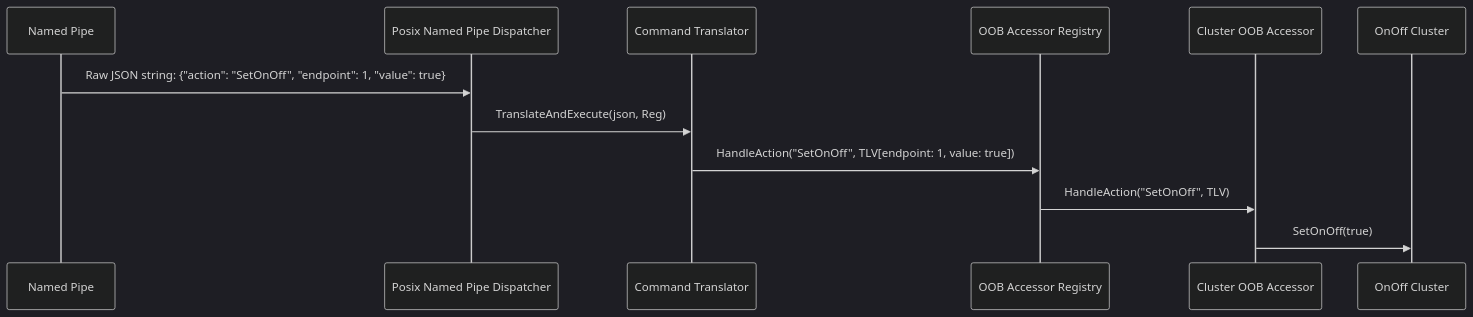
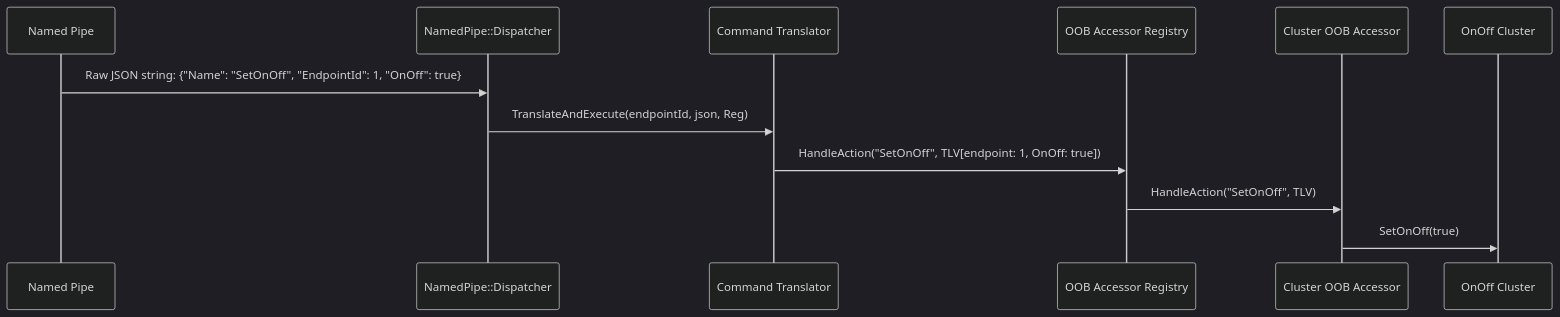
The second of 2 diagrams in examples/all-devices-app/docs/design/out_of_band_control.md (project-chip/connectedhomeip), drawn with Mermaid (dark theme) before and after one commit. The commit also changed other lines of this file and 158 other files, not shown here.

First line of the commit message:
[all-devices-app] Implement modular OOB accessors and Named Pipe translator dispatch (#73968)

````diff
--- a/examples/all-devices-app/docs/design/out_of_band_control.md
+++ b/examples/all-devices-app/docs/design/out_of_band_control.md
@@ -307,15 +356,15 @@
 ```mermaid
 sequenceDiagram
     participant Pipe as Named Pipe
-    participant Disp as Posix Named Pipe Dispatcher
+    participant Disp as NamedPipe::Dispatcher
     participant Trans as Command Translator
     participant Reg as OOB Accessor Registry
     participant Accessor as Cluster OOB Accessor
     participant Cluster as OnOff Cluster
 
-    Pipe->>Disp: Raw JSON string: {"action": "SetOnOff", "endpoint": 1, "value": true}
-    Disp->>Trans: TranslateAndExecute(json, Reg)
-    Trans->>Reg: HandleAction("SetOnOff", TLV[endpoint: 1, value: true])
+    Pipe->>Disp: Raw JSON string: {"Name": "SetOnOff", "EndpointId": 1, "OnOff": true}
+    Disp->>Trans: TranslateAndExecute(endpointId, json, Reg)
+    Trans->>Reg: HandleAction("SetOnOff", TLV[endpoint: 1, OnOff: true])
     Reg->>Accessor: HandleAction("SetOnOff", TLV)
     Accessor->>Cluster: SetOnOff(true)
 ```
````
